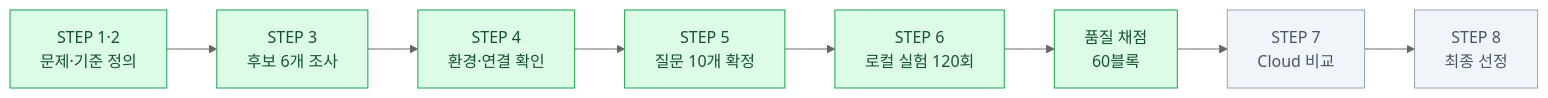
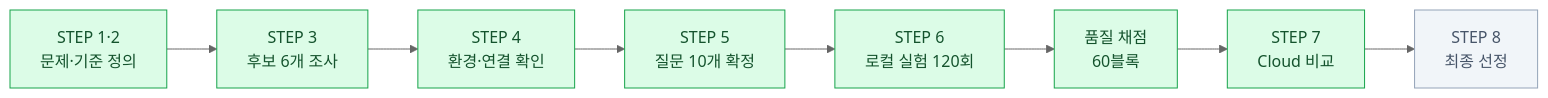
One commit to ho-yu/kant-llm-project-01 changed the first of 4 diagrams in README.md. Above: the diagram before and after it, drawn with Mermaid (neutral theme). The commit also changed other lines of this file and 35 other files, not shown here.

````diff
--- a/README.md
+++ b/README.md
@@ -14,15 +15,15 @@
 ```mermaid
 flowchart LR
     S1["STEP 1·2<br/>문제·기준 정의"] --> S3["STEP 3<br/>후보 6개 조사"]
     S3 --> S4["STEP 4<br/>환경·연결 확인"]
     S4 --> S5["STEP 5<br/>질문 10개 확정"]
     S5 --> S6["STEP 6<br/>로컬 실험 120회"]
     S6 --> SC["품질 채점<br/>60블록"]
     SC --> S7["STEP 7<br/>Cloud 비교"]
     S7 --> S8["STEP 8<br/>최종 선정"]
 
     classDef done fill:#dcfce7,stroke:#16a34a,color:#14532d
     classDef todo fill:#f1f5f9,stroke:#94a3b8,color:#475569
-    class S1,S3,S4,S5,S6,SC done
-    class S7,S8 todo
+    class S1,S3,S4,S5,S6,SC,S7 done
+    class S8 todo
 ```
````
